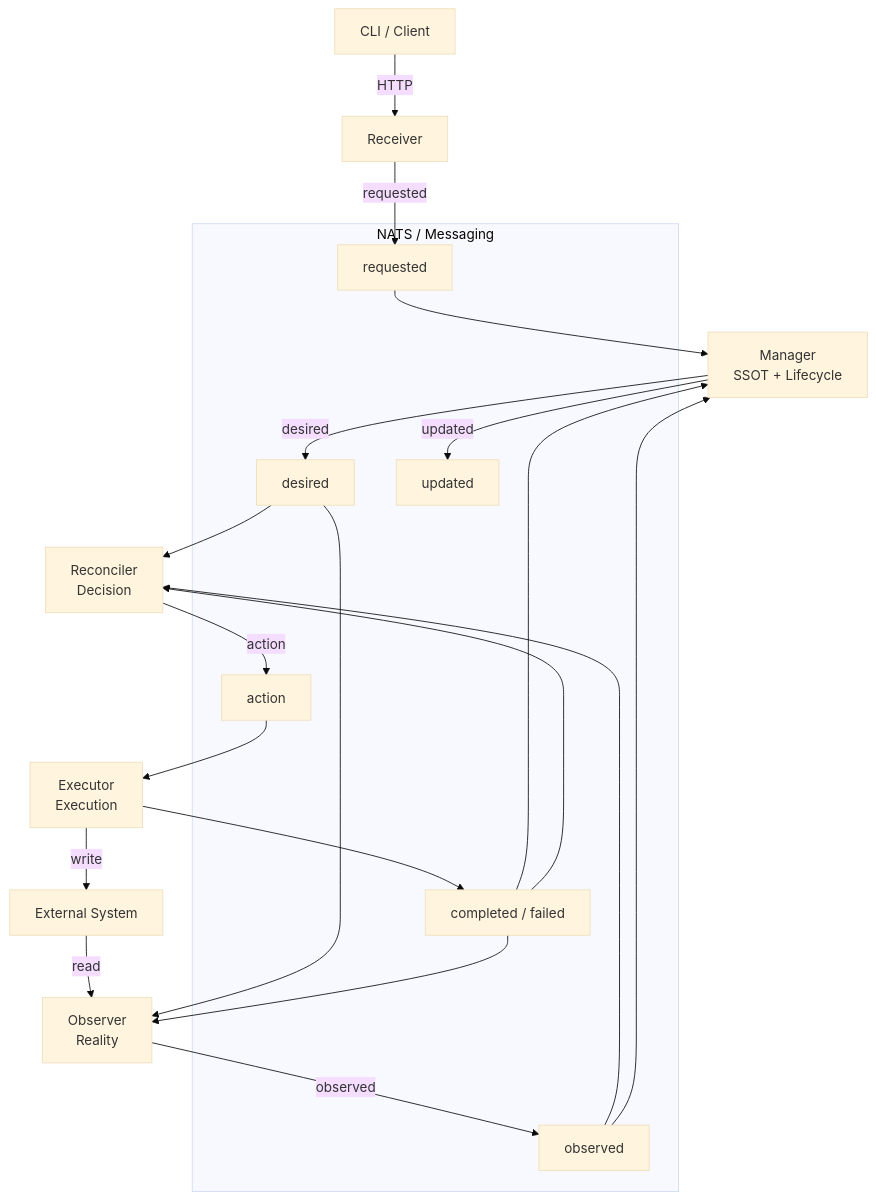
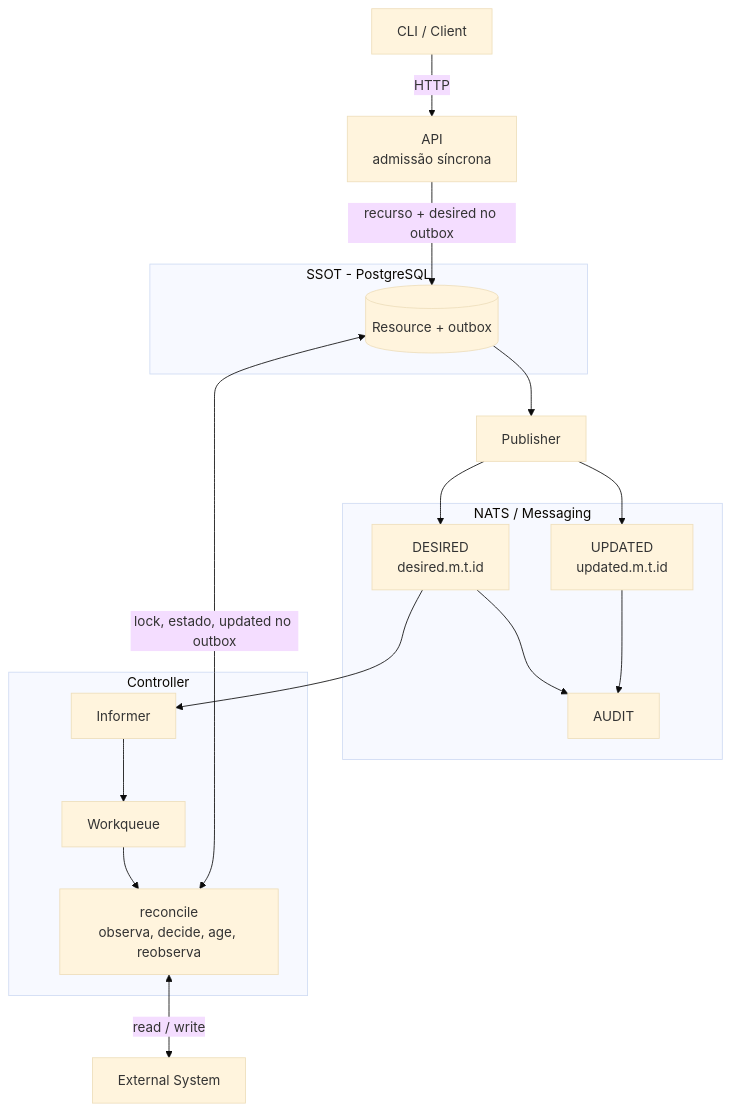
Before and after one commit to danielsabatini/smarkee: the second of 16 diagrams in docs/loop/RESOURCE-CONTROL-LOOP.md, drawn with Mermaid (base theme). The commit also changed other lines of this file, not shown here.

Commit message:
docs(loop): atualiza RESOURCE-CONTROL-LOOP.md para modelos vigentes da plataforma

````diff
--- a/docs/loop/RESOURCE-CONTROL-LOOP.md
+++ b/docs/loop/RESOURCE-CONTROL-LOOP.md
@@ -270,46 +257,41 @@
 ```mermaid
 flowchart TB
 
     Client[CLI / Client]
-    Receiver[Receiver]
+    API[API<br/>admissão síncrona]
+
+    subgraph SSOTbox[SSOT - PostgreSQL]
+        Resource[(Resource + outbox)]
+    end
+
+    Publisher[Publisher]
 
     subgraph Messaging[NATS / Messaging]
-        Requested[requested]
-        Desired[desired]
-        Observed[observed]
-        Action[action]
-        Result[completed / failed]
-        Updated[updated]
+        Desired[DESIRED<br/>desired.m.t.id]
+        Updated[UPDATED<br/>updated.m.t.id]
+        Audit[AUDIT]
     end
 
-    Manager[Manager<br/>SSOT + Lifecycle]
-    Observer[Observer<br/>Reality]
-    Reconciler[Reconciler<br/>Decision]
-    Executor[Executor<br/>Execution]
+    subgraph Ctl[Controller]
+        Informer[Informer]
+        Queue[Workqueue]
+        Reconcile[reconcile<br/>observa, decide, age, reobserva]
+    end
 
     External[External System]
 
-    Client -->|HTTP| Receiver
-    Receiver -->|requested| Requested
-    Requested --> Manager
+    Client -->|HTTP| API
+    API -->|recurso + desired no outbox| Resource
+    Resource --> Publisher
+    Publisher --> Desired
+    Publisher --> Updated
 
-    Manager -->|desired| Desired
-    Desired --> Reconciler
-    Desired --> Observer
+    Desired --> Informer
+    Informer --> Queue
+    Queue --> Reconcile
+    Reconcile <-->|lock, estado, updated no outbox| Resource
+    Reconcile <-->|read / write| External
 
-    External -->|read| Observer
-    Observer -->|observed| Observed
-    Observed --> Reconciler
-    Observed --> Manager
-
-    Reconciler -->|action| Action
-    Action --> Executor
-
-    Executor -->|write| External
-    Executor --> Result
-    Result --> Manager
-    Result --> Observer
-    Result --> Reconciler
-
-    Manager -->|updated| Updated
+    Desired --> Audit
+    Updated --> Audit
 ```
````
